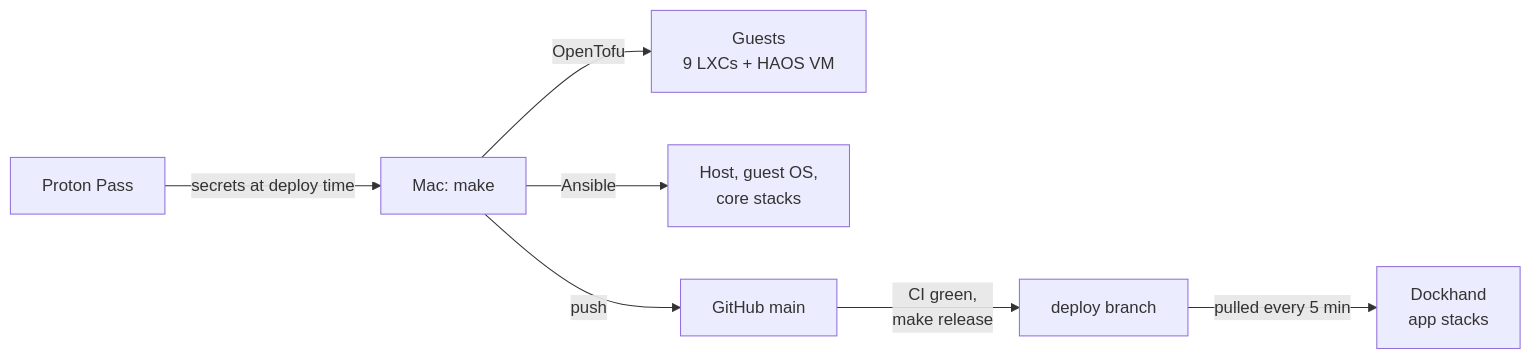
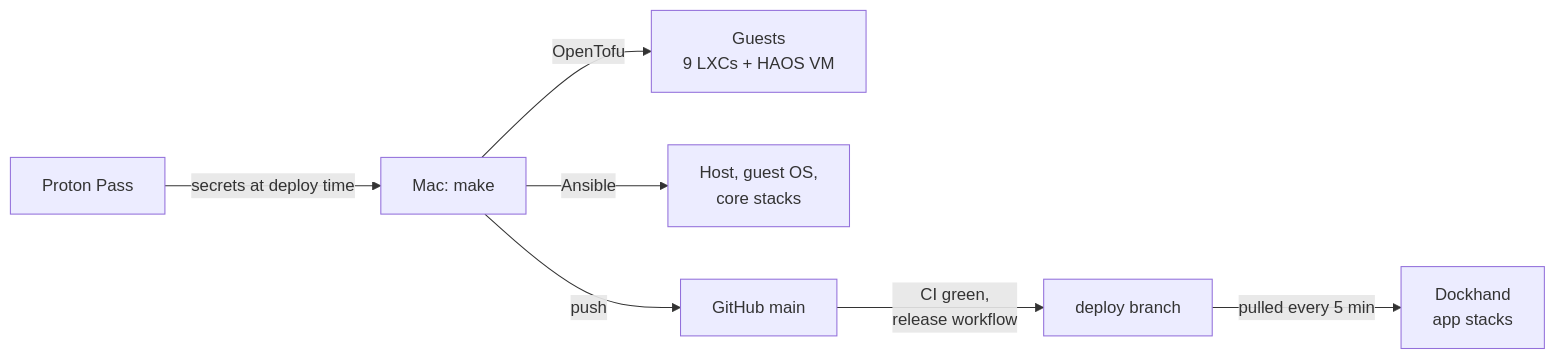
One commit to atahan99/proxmox-infra-iac changed the diagram in README.md. Above: the diagram before and after it, drawn with Mermaid. The commit also changed other lines of this file and 10 other files, not shown here.

First line of the commit message:
release: move deploy automatically once CI on main is green

````diff
--- a/README.md
+++ b/README.md
@@ -36,8 +36,8 @@
 ```mermaid
 flowchart LR
   Mac["Mac: make"] -- "OpenTofu" --> G["Guests<br/>9 LXCs + HAOS VM"]
   Mac -- "Ansible" --> H["Host, guest OS,<br/>core stacks"]
   PP["Proton Pass"] -- "secrets at deploy time" --> Mac
-  Mac -- "push" --> GH["GitHub main"] -- "CI green,<br/>make release" --> DB["deploy branch"]
+  Mac -- "push" --> GH["GitHub main"] -- "CI green,<br/>release workflow" --> DB["deploy branch"]
   DB -- "pulled every 5 min" --> D["Dockhand<br/>app stacks"]
 ```
````
